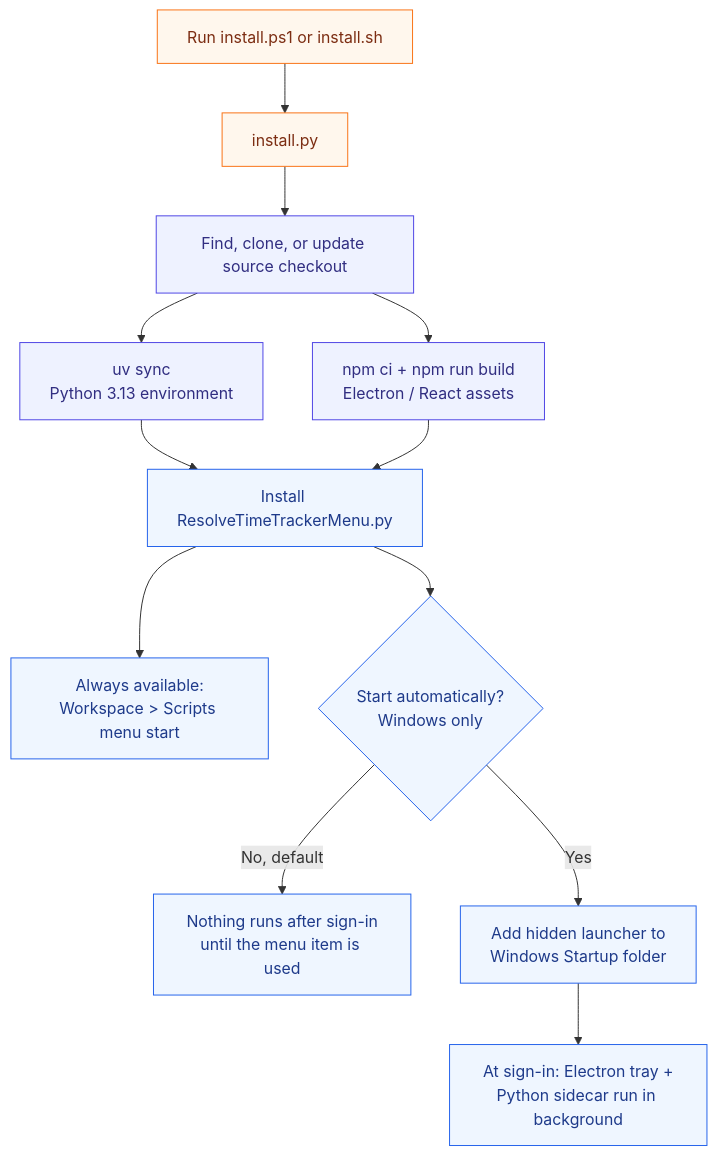
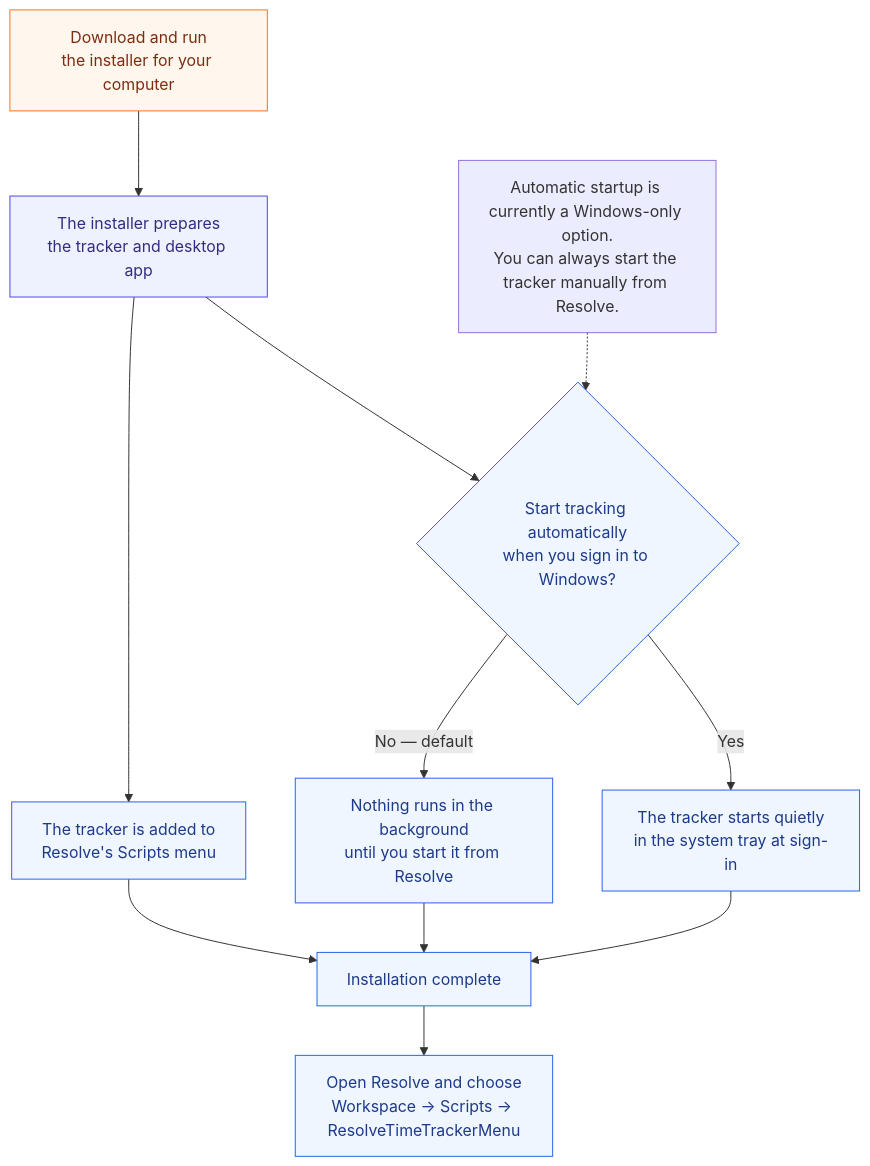
Before and after one commit to Today20092/Davinci-Resolve-TimeTracker: the second of 2 diagrams in README.md, drawn with Mermaid. The commit also changed other lines of this file, not shown here.

Commit message:
docs: simplify architecture diagrams

````diff
--- a/README.md
+++ b/README.md
@@ -198,22 +182,25 @@
 ```mermaid
 flowchart TD
-  Install["Run install.ps1 or install.sh"] --> Installer["install.py"]
-  Installer --> Source["Find, clone, or update source checkout"]
-  Source --> Python["uv sync<br/>Python 3.13 environment"]
-  Source --> Frontend["npm ci + npm run build<br/>Electron / React assets"]
-  Python --> MenuInstall["Install ResolveTimeTrackerMenu.py"]
-  Frontend --> MenuInstall
-  MenuInstall --> Menu["Always available:<br/>Workspace > Scripts menu start"]
-  MenuInstall --> Choice{"Start automatically?<br/>Windows only"}
-  Choice -->|No, default| Off["Nothing runs after sign-in<br/>until the menu item is used"]
-  Choice -->|Yes| Startup["Add hidden launcher to<br/>Windows Startup folder"]
-  Startup --> Background["At sign-in: Electron tray +<br/>Python sidecar run in background"]
+  Download["Download and run<br/>the installer for your computer"]
+  Download --> Prepare["The installer prepares<br/>the tracker and desktop app"]
+  Prepare --> Menu["The tracker is added to<br/>Resolve's Scripts menu"]
+  Prepare --> Choice{"Start tracking automatically<br/>when you sign in to Windows?"}
+
+  Choice -->|No — default| Manual["Nothing runs in the background<br/>until you start it from Resolve"]
+  Choice -->|Yes| Automatic["The tracker starts quietly<br/>in the system tray at sign-in"]
+
+  Manual --> Ready["Installation complete"]
+  Automatic --> Ready
+  Menu --> Ready
+  Ready --> Use["Open Resolve and choose<br/>Workspace → Scripts → ResolveTimeTrackerMenu"]
+
+  Note["Automatic startup is currently a Windows-only option.<br/>You can always start the tracker manually from Resolve."] -.-> Choice
 
   classDef bootstrap fill:#fff7ed,stroke:#f97316,color:#7c2d12
   classDef setup fill:#eef2ff,stroke:#4f46e5,color:#312e81
   classDef resolve fill:#eff6ff,stroke:#2563eb,color:#1e3a8a
 
-  class Install,Installer bootstrap
-  class Source,Python,Frontend setup
-  class MenuInstall,Menu,Choice,Off,Startup,Background resolve
+  class Download bootstrap
+  class Prepare setup
+  class Menu,Choice,Manual,Automatic,Ready,Use resolve
 ```
````
